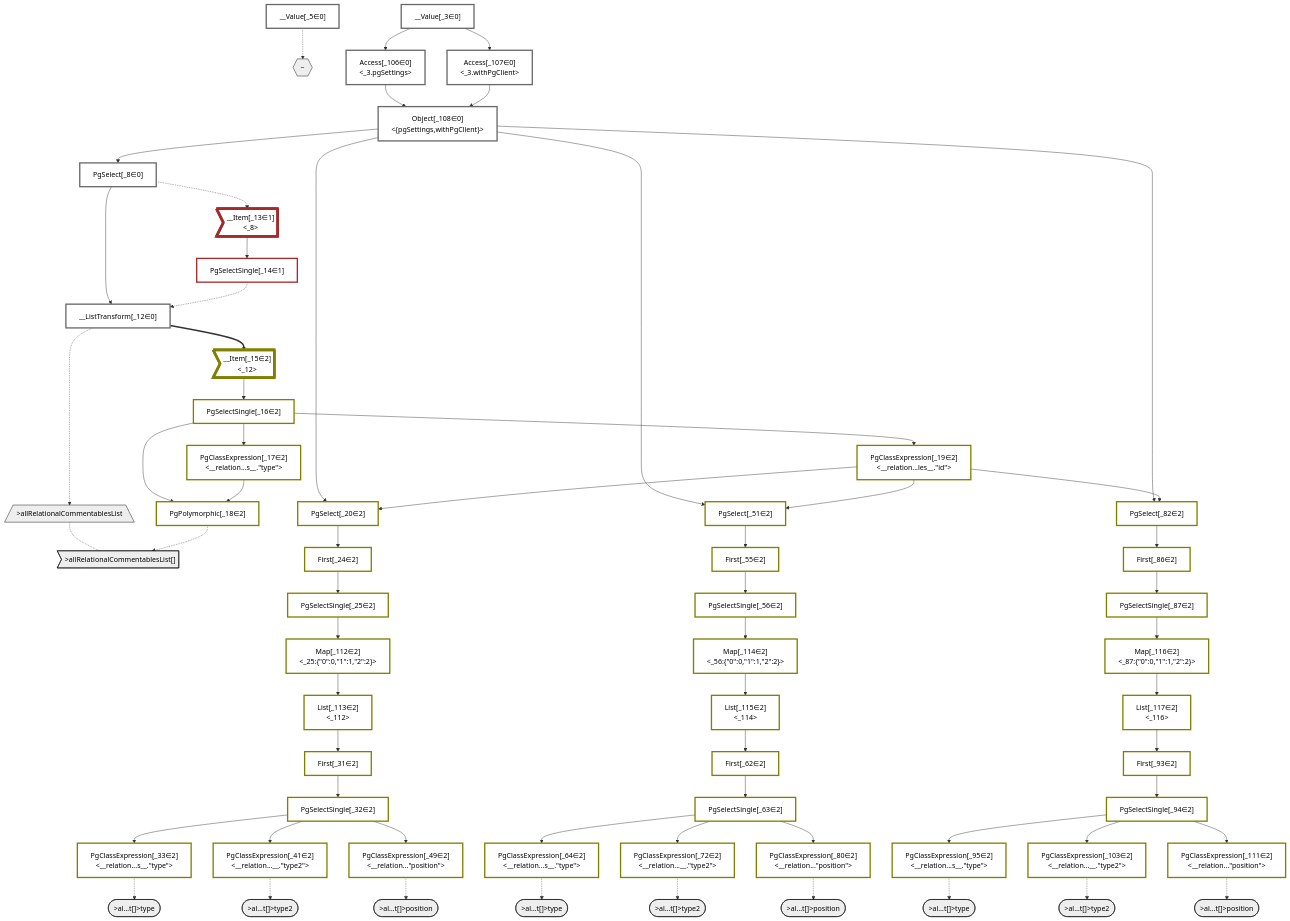
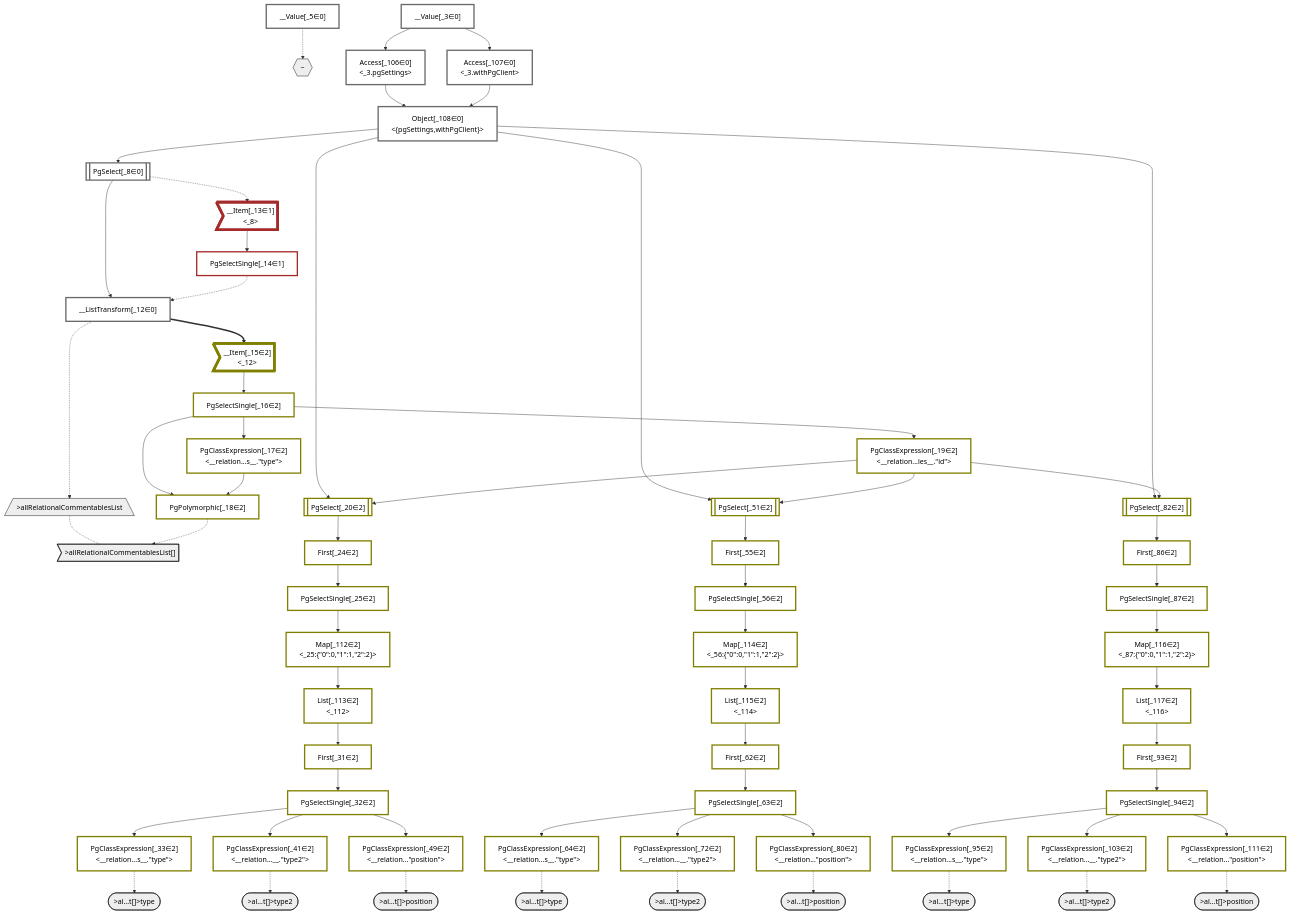
Before and after one commit to graphile/crystal: the diagram in packages/dataplan-pg/__tests__/queries/interfaces-relational/commentables-simple.deopt.mermaid.md, drawn with Mermaid. The commit also changed 195 other files, not shown here.

```diff
--- a/packages/dataplan-pg/__tests__/queries/interfaces-relational/commentables-simple.deopt.mermaid.md
+++ b/packages/dataplan-pg/__tests__/queries/interfaces-relational/commentables-simple.deopt.mermaid.md
@@ -34,7 +34,7 @@
     %% define plans
     __Value_3["__Value[_3∈0]<br /><context>"]:::plan
     __Value_5["__Value[_5∈0]<br /><rootValue>"]:::plan
-    PgSelect_8["PgSelect[_8∈0]<br /><relational_commentables>"]:::plan
+    PgSelect_8[["PgSelect[_8∈0]<br /><relational_commentables>"]]:::plan
     __ListTransform_12["__ListTransform[_12∈0]<br /><each:_8>"]:::plan
     __Item_13>"__Item[_13∈1]<br /><_8>"]:::itemplan
     PgSelectSingle_14["PgSelectSingle[_14∈1]<br /><relational_commentables>"]:::plan
@@ -43,7 +43,7 @@
     PgClassExpression_17["PgClassExpression[_17∈2]<br /><__relation...s__.#quot;type#quot;>"]:::plan
     PgPolymorphic_18["PgPolymorphic[_18∈2]"]:::plan
     PgClassExpression_19["PgClassExpression[_19∈2]<br /><__relation...les__.#quot;id#quot;>"]:::plan
-    PgSelect_20["PgSelect[_20∈2]<br /><relational_posts>"]:::plan
+    PgSelect_20[["PgSelect[_20∈2]<br /><relational_posts>"]]:::plan
     First_24["First[_24∈2]"]:::plan
     PgSelectSingle_25["PgSelectSingle[_25∈2]<br /><relational_posts>"]:::plan
     First_31["First[_31∈2]"]:::plan
@@ -51,7 +51,7 @@
     PgClassExpression_33["PgClassExpression[_33∈2]<br /><__relation...s__.#quot;type#quot;>"]:::plan
     PgClassExpression_41["PgClassExpression[_41∈2]<br /><__relation...__.#quot;type2#quot;>"]:::plan
     PgClassExpression_49["PgClassExpression[_49∈2]<br /><__relation...#quot;position#quot;>"]:::plan
-    PgSelect_51["PgSelect[_51∈2]<br /><relational_checklists>"]:::plan
+    PgSelect_51[["PgSelect[_51∈2]<br /><relational_checklists>"]]:::plan
     First_55["First[_55∈2]"]:::plan
     PgSelectSingle_56["PgSelectSingle[_56∈2]<br /><relational_checklists>"]:::plan
     First_62["First[_62∈2]"]:::plan
@@ -59,7 +59,7 @@
     PgClassExpression_64["PgClassExpression[_64∈2]<br /><__relation...s__.#quot;type#quot;>"]:::plan
     PgClassExpression_72["PgClassExpression[_72∈2]<br /><__relation...__.#quot;type2#quot;>"]:::plan
     PgClassExpression_80["PgClassExpression[_80∈2]<br /><__relation...#quot;position#quot;>"]:::plan
-    PgSelect_82["PgSelect[_82∈2]<br /><relational_checklist_items>"]:::plan
+    PgSelect_82[["PgSelect[_82∈2]<br /><relational_checklist_items>"]]:::plan
     First_86["First[_86∈2]"]:::plan
     PgSelectSingle_87["PgSelectSingle[_87∈2]<br /><relational_checklist_items>"]:::plan
     First_93["First[_93∈2]"]:::plan
```
